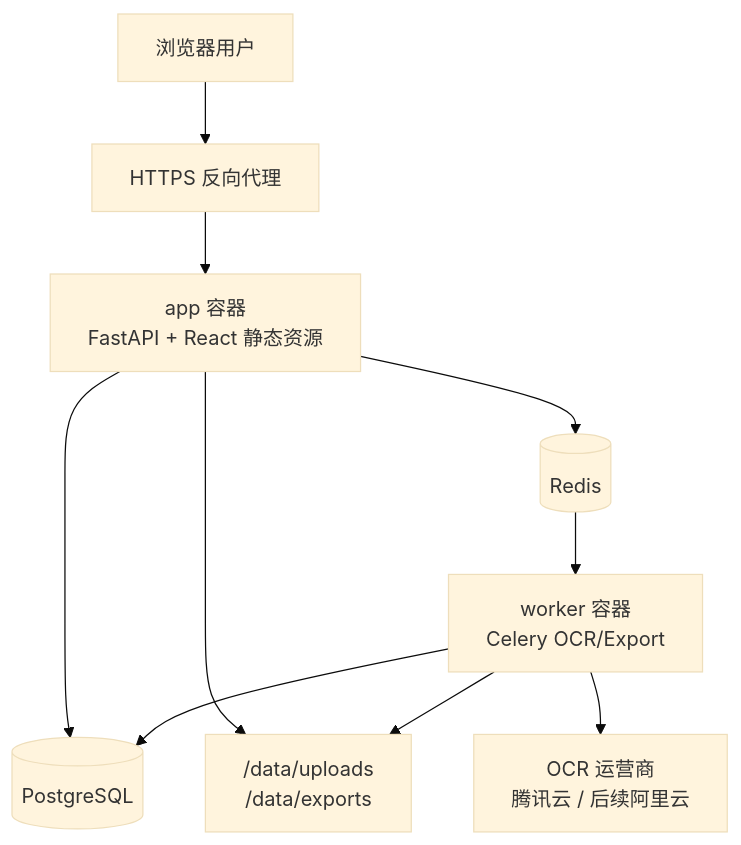
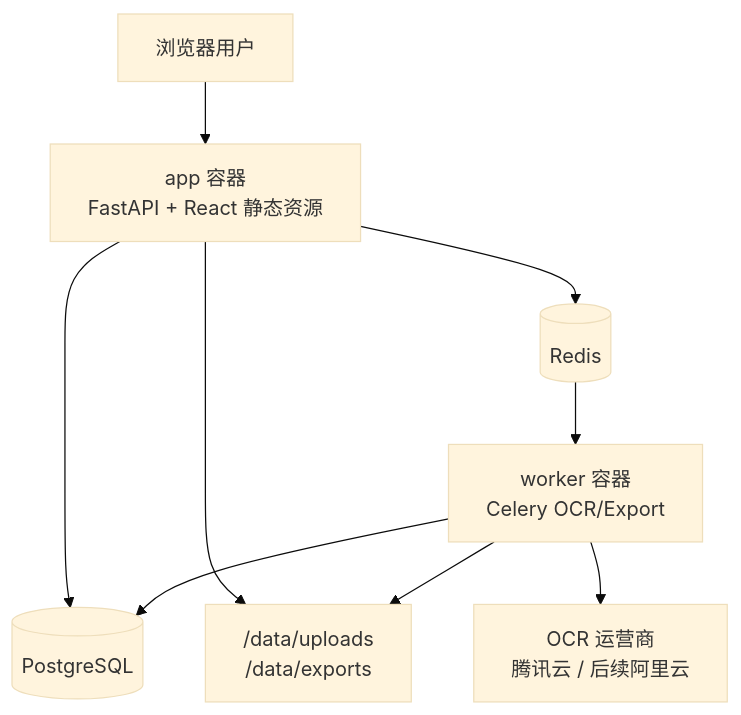
One commit to suyh1/invoice-manage changed the second of 3 diagrams in docs/design/01-overall-design.md. Above: the diagram before and after it, drawn with Mermaid (base theme). The commit also changed other lines of this file and 3 other files, not shown here.

````diff
--- a/docs/design/01-overall-design.md
+++ b/docs/design/01-overall-design.md
@@ -195,12 +196,11 @@
 ```mermaid
 flowchart TB
-  U["浏览器用户"] --> RP["HTTPS 反向代理"]
-  RP --> APP["app 容器<br/>FastAPI + React 静态资源"]
+  U["浏览器用户"] --> APP["app 容器<br/>FastAPI + React 静态资源"]
   APP --> DB[("PostgreSQL")]
   APP --> FS["/data/uploads<br/>/data/exports"]
   APP --> R[("Redis")]
   R --> W["worker 容器<br/>Celery OCR/Export"]
   W --> DB
   W --> FS
   W --> OCR["OCR 运营商<br/>腾讯云 / 后续阿里云"]
 ```
````
